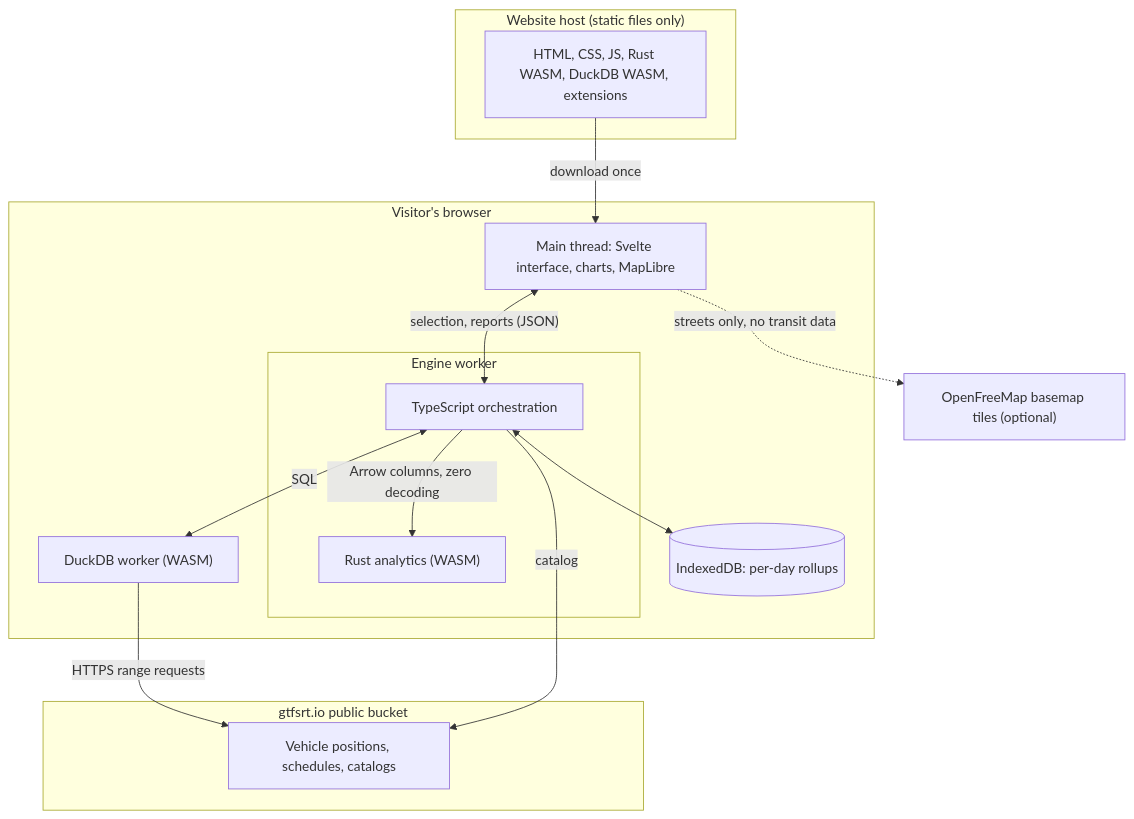
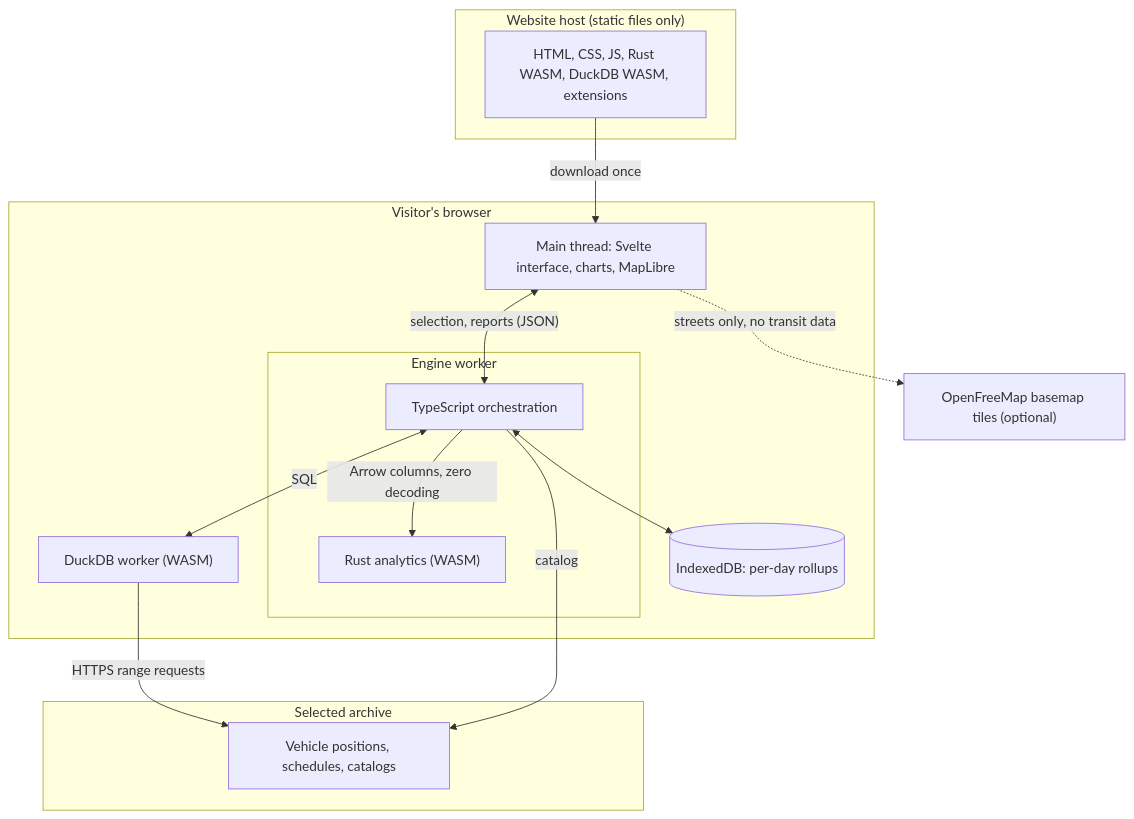
The first of 2 diagrams in docs/architecture.md (MisterClean/gtfsrt-dashboard), drawn with Mermaid before and after one commit. The commit also changed other lines of this file and 17 other files, not shown here.

````diff
--- a/docs/architecture.md
+++ b/docs/architecture.md
@@ -7,27 +7,27 @@
 ```mermaid
 flowchart TB
     subgraph Host["Website host (static files only)"]
         Files["HTML, CSS, JS, Rust WASM, DuckDB WASM, extensions"]
     end
     subgraph Browser["Visitor's browser"]
         UI["Main thread: Svelte interface, charts, MapLibre"]
         subgraph Engine["Engine worker"]
             Orchestrator["TypeScript orchestration"]
             Rust["Rust analytics (WASM)"]
         end
         Duck["DuckDB worker (WASM)"]
         Cache[("IndexedDB: per-day rollups")]
         UI <-->|"selection, reports (JSON)"| Orchestrator
         Orchestrator -->|"Arrow columns, zero decoding"| Rust
         Orchestrator <-->|SQL| Duck
         Orchestrator <--> Cache
     end
-    subgraph Archive["gtfsrt.io public bucket"]
+    subgraph Archive["Selected archive"]
         Parquet["Vehicle positions, schedules, catalogs"]
     end
     Tiles["OpenFreeMap basemap tiles (optional)"]
     Files -->|"download once"| UI
     Duck -->|"HTTPS range requests"| Parquet
     Orchestrator -->|catalog| Parquet
     UI -.->|"streets only, no transit data"| Tiles
 ```
````
